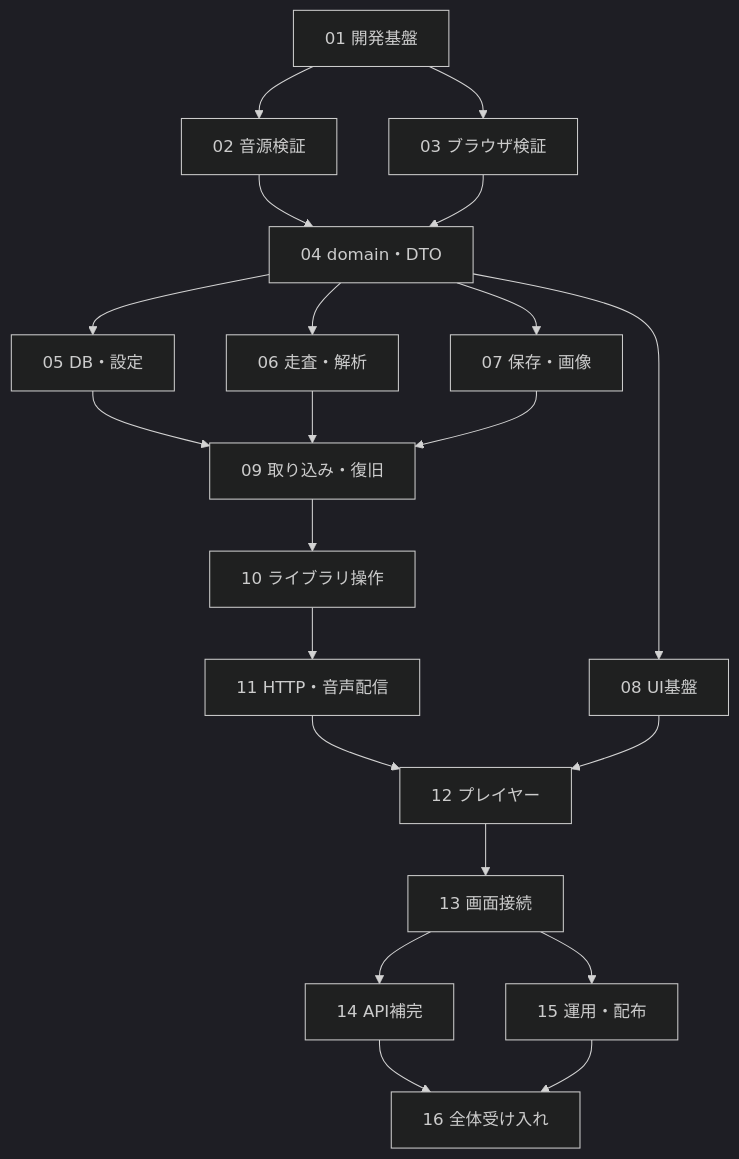
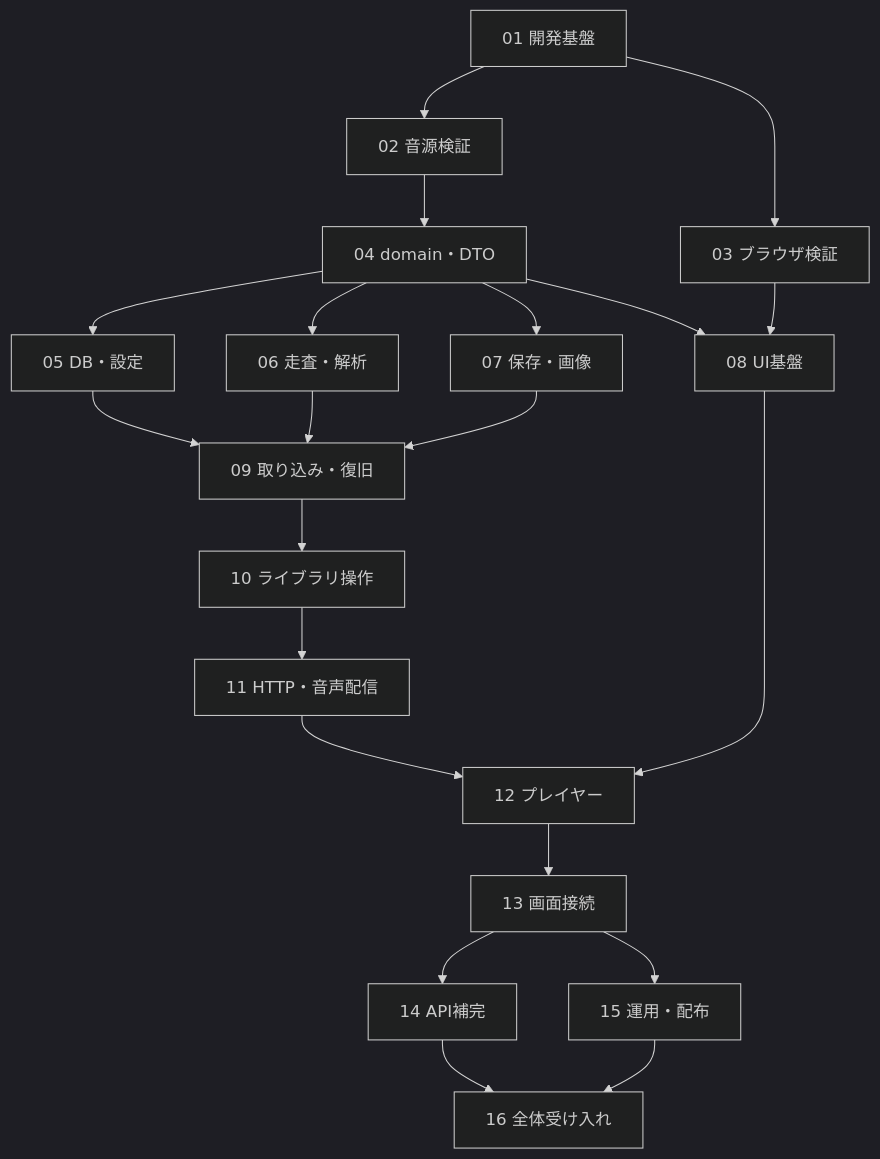
One commit to purinx/rustune changed the diagram in docs/smartpowers/projects/20261012-214613-personal-music-library/tasks/PLAN.md. Above: the diagram before and after it, drawn with Mermaid (dark theme). The commit also changed other lines of this file and 2 other files, not shown here.

Commit message:
docs: allow domain task alongside browser verification

````diff
--- a/docs/smartpowers/projects/20261012-214613-personal-music-library/tasks/PLAN.md
+++ b/docs/smartpowers/projects/20261012-214613-personal-music-library/tasks/PLAN.md
@@ -39,23 +39,23 @@
 ```mermaid
 flowchart TD
     foundation["01 開発基盤"] --> audioCheck["02 音源検証"]
     foundation --> browserCheck["03 ブラウザ検証"]
     audioCheck --> shared["04 domain・DTO"]
-    browserCheck --> shared
+    browserCheck --> ui
     shared --> database["05 DB・設定"]
     shared --> source["06 走査・解析"]
     shared --> storage["07 保存・画像"]
     shared --> ui["08 UI基盤"]
     database --> importing["09 取り込み・復旧"]
     source --> importing
     storage --> importing
     importing --> library["10 ライブラリ操作"]
     library --> http["11 HTTP・音声配信"]
     http --> player["12 プレイヤー"]
     ui --> player
     player --> screens["13 画面接続"]
     screens --> enrichment["14 API補完"]
     screens --> operations["15 運用・配布"]
     enrichment --> acceptance["16 全体受け入れ"]
     operations --> acceptance
 ```
````
